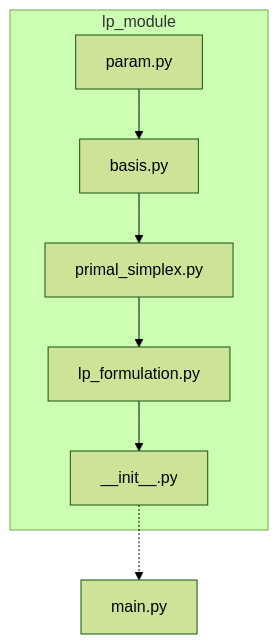
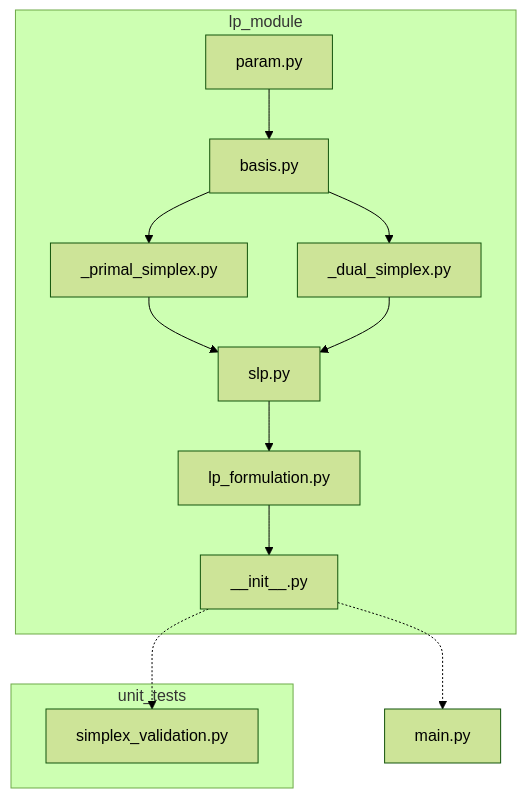
The diagram in README.md (JeanPousset/MILP_solver), drawn with Mermaid (forest theme) before and after one commit. The commit also changed other lines of this file and 10 other files, not shown here.

Commit message:
add problem restriction and dual_simplex method

````diff
--- a/README.md
+++ b/README.md
@@ -5,10 +5,17 @@
 ```mermaid
 graph TD; 
   subgraph "lp_module"
     P[param.py] --> B[basis.py]
-    B --> S[primal_simplex.py]
+    B --> PS[_primal_simplex.py]
+    B --> DS[_dual_simplex.py]
+    PS --> S[slp.py]
+    DS --> S
     S --> F[lp_formulation.py]
     F --> I[__init__.py]
   end
   I -.-> M[main.py]
+  subgraph "unit_tests"
+    V[simplex_validation.py]
+  end
+  I -.-> V
 ```
````
